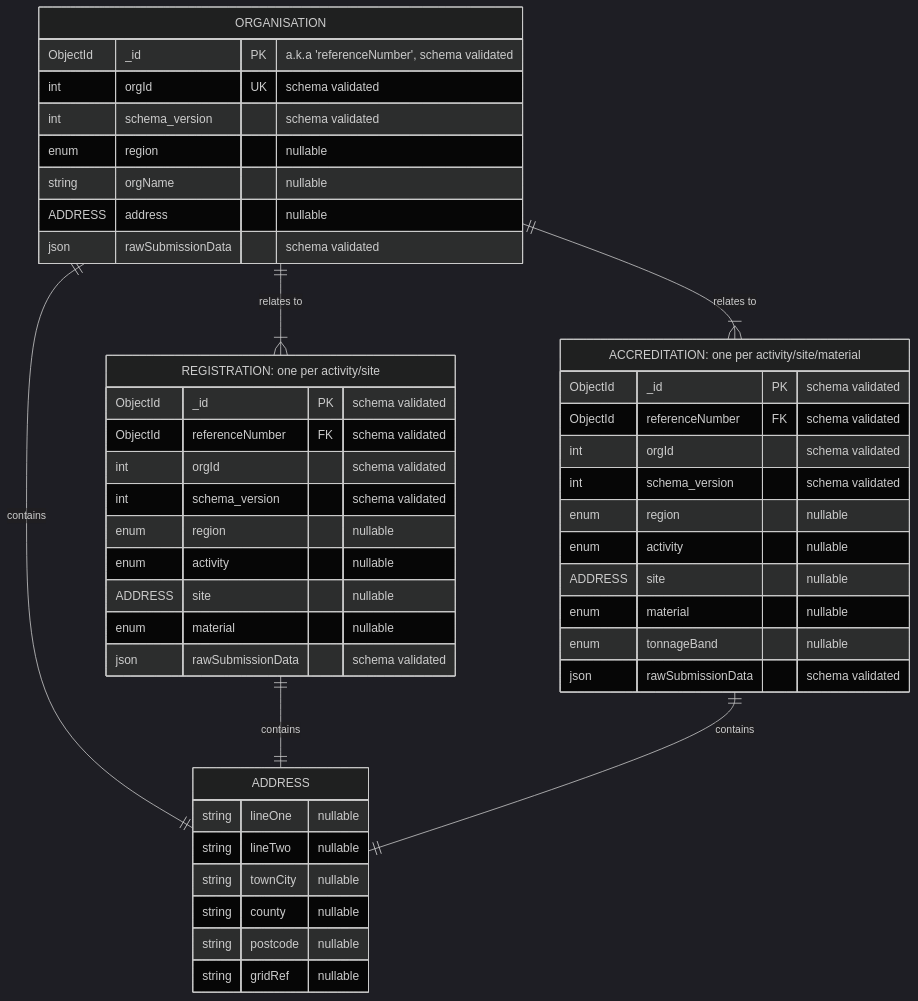
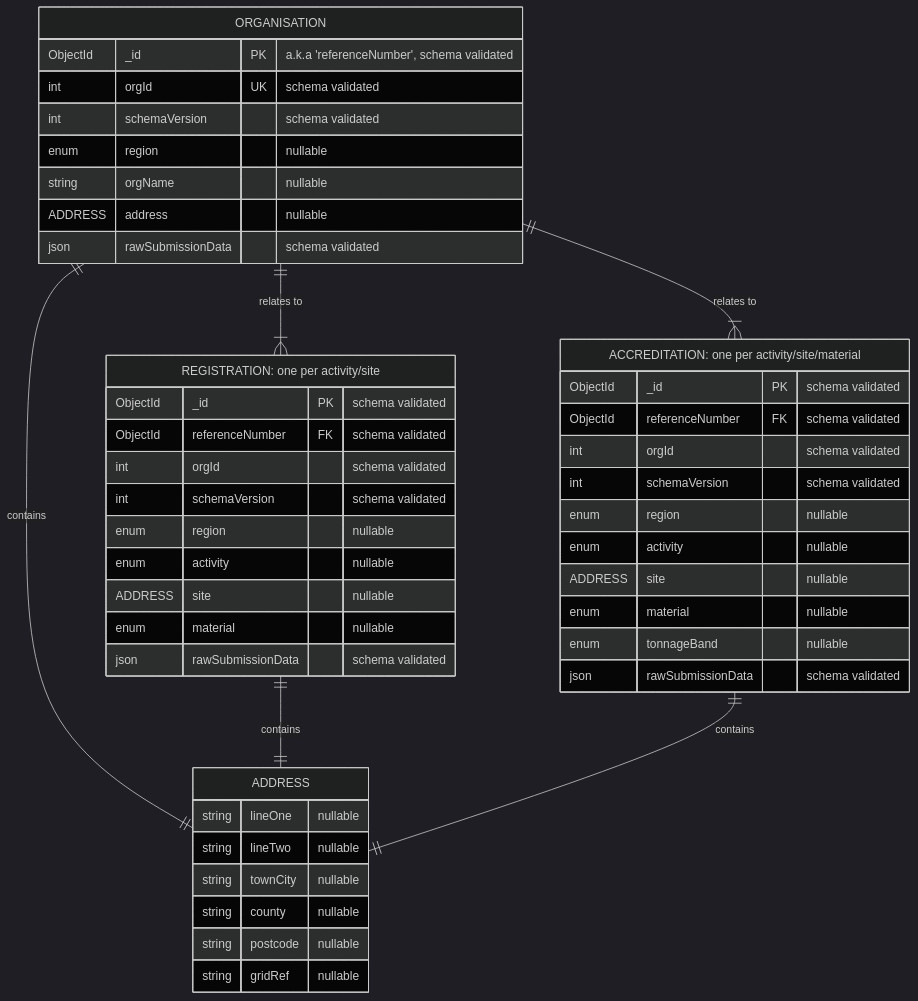
The tenth of 10 diagrams in docs/architecture/defined/2025-reg-acc-lld.md (DEFRA/epr-backend), drawn with Mermaid (dark theme) before and after one commit. The commit also changed 17 other files, not shown here.

````diff
--- a/docs/architecture/defined/2025-reg-acc-lld.md
+++ b/docs/architecture/defined/2025-reg-acc-lld.md
@@ -277,61 +277,61 @@
 ```mermaid
 erDiagram
 
 %% Entities
 ORGANISATION
 REGISTRATION["REGISTRATION: one per activity/site"]
 ACCREDITATION["ACCREDITATION: one per activity/site/material"]
 ADDRESS
 
 %% Structure
 ORGANISATION {
   ObjectId _id PK "a.k.a 'referenceNumber', schema validated"
   int orgId UK "schema validated"
-  int schema_version "schema validated"
+  int schemaVersion "schema validated"
   enum region "nullable"
   string orgName "nullable"
   ADDRESS address "nullable"
   json rawSubmissionData "schema validated"
 }
 
 REGISTRATION {
   ObjectId _id PK "schema validated"
   ObjectId referenceNumber FK "schema validated"
   int orgId "schema validated"
-  int schema_version "schema validated"
+  int schemaVersion "schema validated"
   enum region "nullable"
   enum activity "nullable"
   ADDRESS site "nullable"
   enum material "nullable"
   json rawSubmissionData "schema validated"
 }
 
 ACCREDITATION {
   ObjectId _id PK "schema validated"
   ObjectId referenceNumber FK "schema validated"
   int orgId "schema validated"
-  int schema_version "schema validated"
+  int schemaVersion "schema validated"
   enum region "nullable"
   enum activity "nullable"
   ADDRESS site "nullable"
   enum material "nullable"
   enum tonnageBand "nullable"
   json rawSubmissionData "schema validated"
 }
 
 ADDRESS {
   string lineOne "nullable"
   string lineTwo "nullable"
   string townCity "nullable"
   string county "nullable"
   string postcode "nullable"
   string gridRef "nullable"
 }
 
 %% Relationships
 ORGANISATION ||--|| ADDRESS : contains
 REGISTRATION ||--|| ADDRESS : contains
 ACCREDITATION ||--|| ADDRESS : contains
 ORGANISATION ||--|{ REGISTRATION : "relates to"
 ORGANISATION ||--|{ ACCREDITATION : "relates to"
 ```
````
